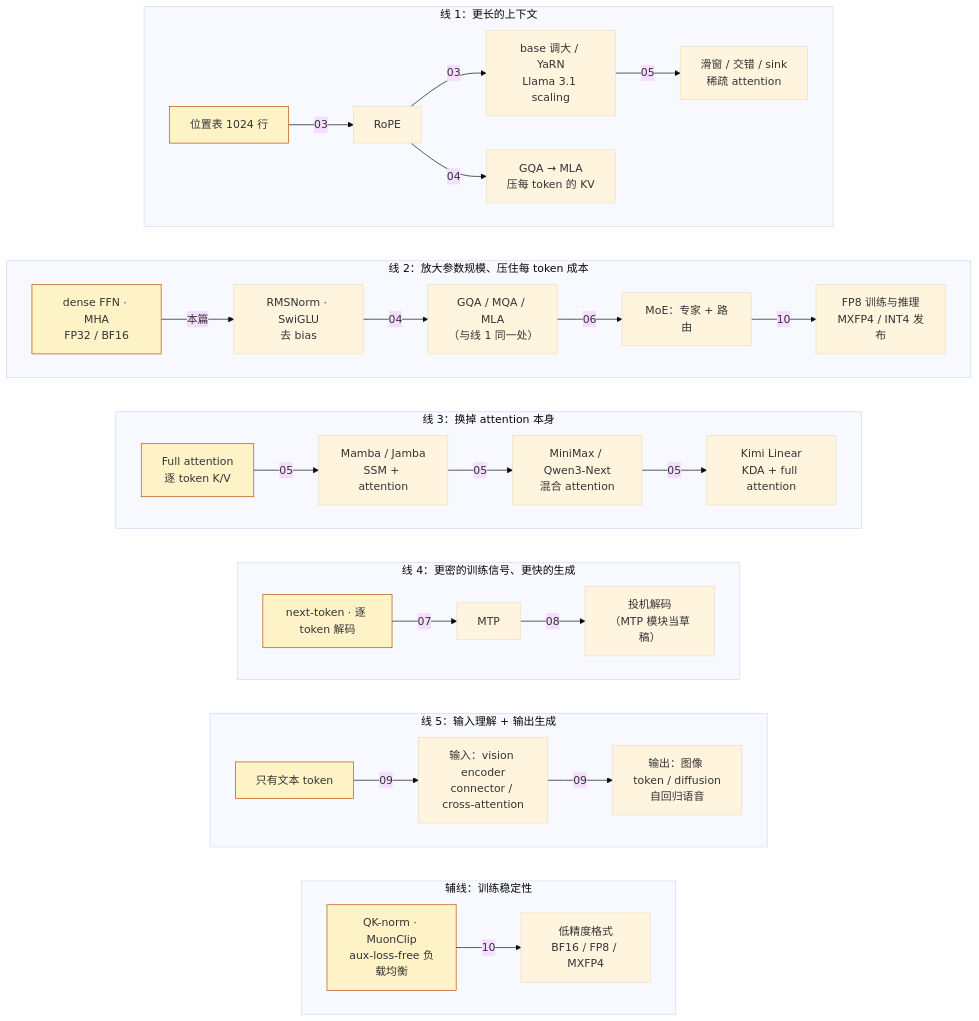
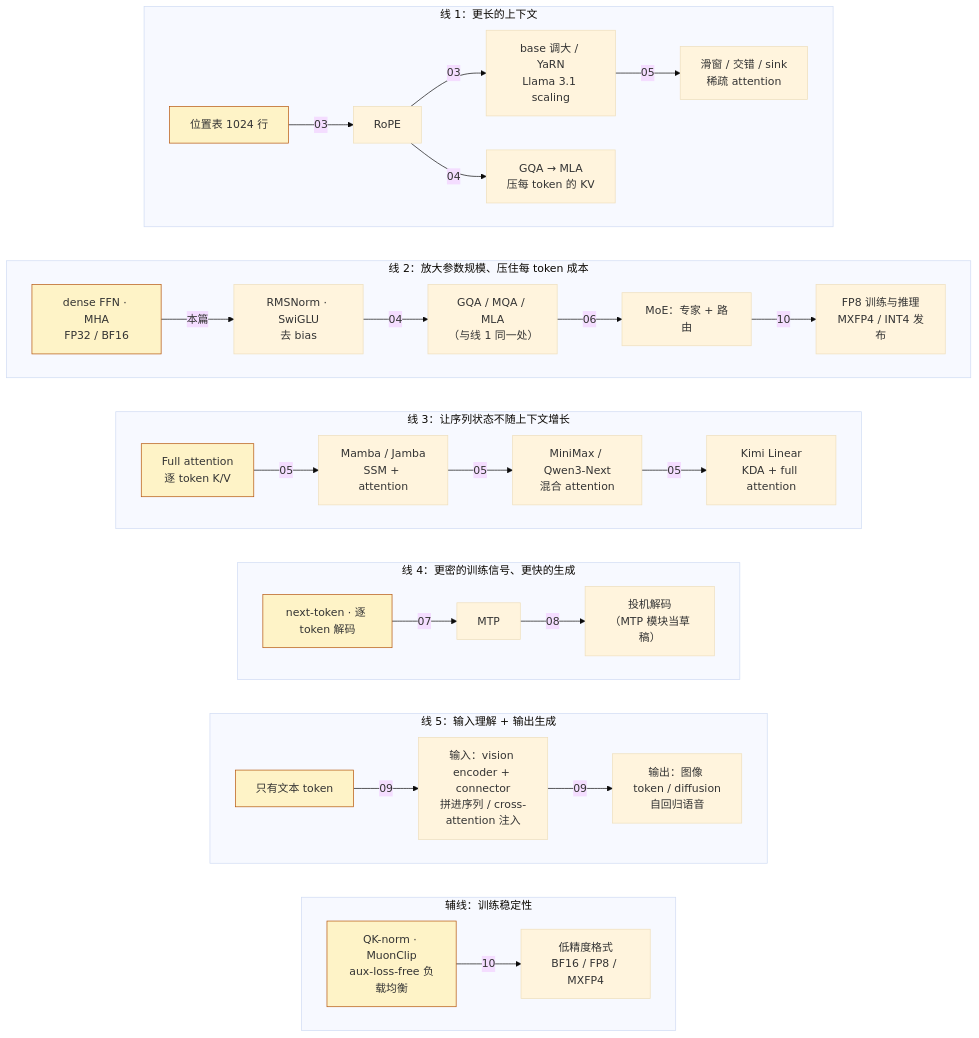
Before and after one commit to arganzheng/arganzheng.github.com: the second of 3 diagrams in _posts/2026-04-02-llm-architecture-evolution-roadmap-from-gpt2.md, drawn with Mermaid (base theme). The commit also changed other lines of this file and 16 other files, not shown here.

````diff
--- a/_posts/2026-04-02-llm-architecture-evolution-roadmap-from-gpt2.md
+++ b/_posts/2026-04-02-llm-architecture-evolution-roadmap-from-gpt2.md
@@ -161,33 +165,33 @@
 ```mermaid
 %%{init: {"flowchart": {"wrappingWidth": 130}}}%%
 %% 图：五条演进线与一条辅线：从 GPT-2 的填法出发，箭头上的篇号是展开位置
 flowchart TB
     subgraph L1["线 1：更长的上下文"]
         direction LR
         A0["位置表 1024 行"] -->|03| A1["RoPE"] -->|03| A2["base 调大 / YaRN<br/>Llama 3.1 scaling"] -->|05| A3["滑窗 / 交错 / sink<br/>稀疏 attention"]
         A1 -->|04| A4["GQA → MLA<br/>压每 token 的 KV"]
     end
     subgraph L2["线 2：放大参数规模、压住每 token 成本"]
         direction LR
         B0["dense FFN · MHA<br/>FP32 / BF16"] -->|本篇| B1["RMSNorm · SwiGLU<br/>去 bias"] -->|04| B2["GQA / MQA / MLA<br/>（与线 1 同一处）"] -->|06| B3["MoE：专家 + 路由"] -->|10| B4["FP8 训练与推理<br/>MXFP4 / INT4 发布"]
     end
-    subgraph L3["线 3：换掉 attention 本身"]
+    subgraph L3["线 3：让序列状态不随上下文增长"]
         direction LR
         E0["Full attention<br/>逐 token K/V"] -->|05| E1["Mamba / Jamba<br/>SSM + attention"] -->|05| E2["MiniMax / Qwen3-Next<br/>混合 attention"] -->|05| E3["Kimi Linear<br/>KDA + full attention"]
     end
     subgraph L4["线 4：更密的训练信号、更快的生成"]
         direction LR
         C0["next-token · 逐 token 解码"] -->|07| C1["MTP"] -->|08| C2["投机解码<br/>（MTP 模块当草稿）"]
     end
     subgraph L5["线 5：输入理解 + 输出生成"]
         direction LR
-        D0["只有文本 token"] -->|09| D1["输入：vision encoder<br/>connector / cross-attention"] -->|09| D2["输出：图像 token / diffusion<br/>自回归语音"]
+        D0["只有文本 token"] -->|09| D1["输入：vision encoder + connector<br/>拼进序列 / cross-attention 注入"] -->|09| D2["输出：图像 token / diffusion<br/>自回归语音"]
     end
     subgraph AUX["辅线：训练稳定性"]
         direction LR
         S0["QK-norm · MuonClip<br/>aux-loss-free 负载均衡"] -->|10| S1["低精度格式<br/>BF16 / FP8 / MXFP4"]
     end
     L1 ~~~ L2 ~~~ L3 ~~~ L4 ~~~ L5 ~~~ AUX
     classDef base fill:#fef3c7,stroke:#b45309;
     class A0,B0,C0,D0,E0,S0 base;
 ```
````
